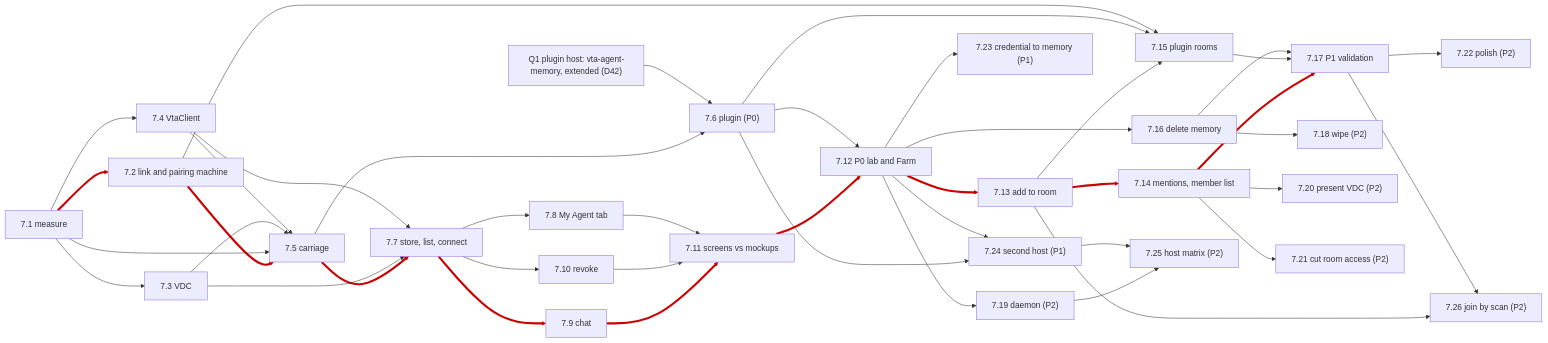
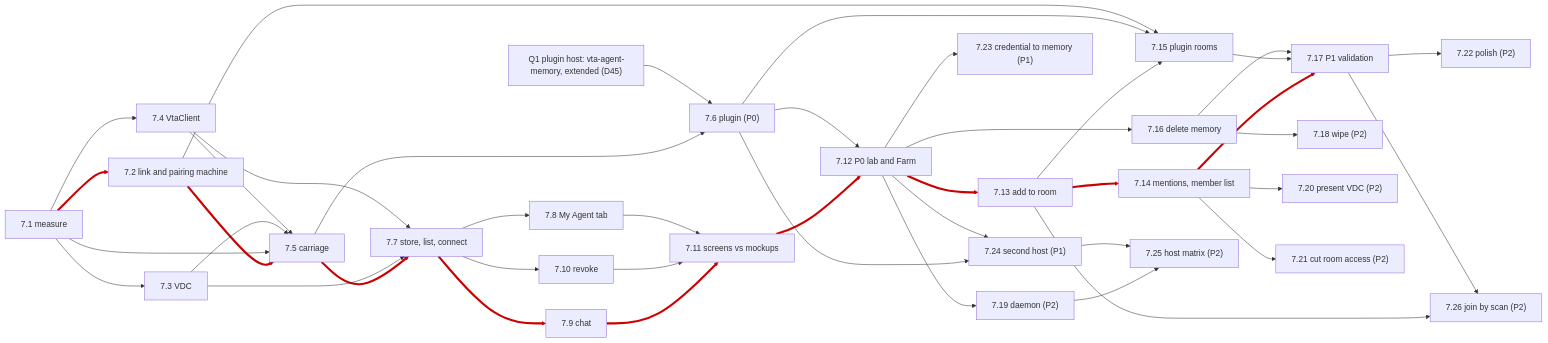
One commit to berkmancenter/keyring-wallet changed the fourth of 4 diagrams in docs/plans/agent-connect-plan.md. Above: the diagram before and after it, drawn with Mermaid. The commit also changed other lines of this file and 2 other files, not shown here.

First line of the commit message:
docs(plans): agent connect, renumber D42-D44 to D45-D47 and the companion to 2026-11-25-bam-2.md

````diff
--- a/docs/plans/agent-connect-plan.md
+++ b/docs/plans/agent-connect-plan.md
@@ -1046,72 +1046,72 @@
 ```mermaid
 flowchart LR
-  Q1["Q1 plugin host: vta-agent-memory, extended (D42)"]
+  Q1["Q1 plugin host: vta-agent-memory, extended (D45)"]
   p1["7.1 measure"]
   p2["7.2 link and pairing machine"]
   p3["7.3 VDC"]
   p4["7.4 VtaClient"]
   p5["7.5 carriage"]
   p6["7.6 plugin (P0)"]
   p7["7.7 store, list, connect"]
   p8["7.8 My Agent tab"]
   p9["7.9 chat"]
   p10["7.10 revoke"]
   p11["7.11 screens vs mockups"]
   p12["7.12 P0 lab and Farm"]
   p13["7.13 add to room"]
   p14["7.14 mentions, member list"]
   p15["7.15 plugin rooms"]
   p16["7.16 delete memory"]
   p17["7.17 P1 validation"]
   p18["7.18 wipe (P2)"]
   p19["7.19 daemon (P2)"]
   p20["7.20 present VDC (P2)"]
   p21["7.21 cut room access (P2)"]
   p22["7.22 polish (P2)"]
   p23["7.23 credential to memory (P1)"]
   p24["7.24 second host (P1)"]
   p25["7.25 host matrix (P2)"]
   p26["7.26 join by scan (P2)"]
   p1 --> p2
   p2 --> p5
   p5 --> p7
   p7 --> p9
   p9 --> p11
   p11 --> p12
   p3 --> p7
   p4 --> p7
   p7 --> p10
   p10 --> p11
   p8 --> p11
   p5 --> p6
   p6 --> p12
   Q1 --> p6
   p12 --> p13
   p13 --> p14
   p13 --> p15
   p6 --> p15
   p12 --> p16
   p14 --> p17
   p15 --> p17
   p16 --> p17
   p16 --> p18
   p14 --> p20
   p14 --> p21
   p17 --> p22
   p12 --> p19
   p1 --> p5
   p1 --> p3
   p1 --> p4
   p7 --> p8
   p3 --> p5
   p4 --> p5
   p2 --> p15
   p12 --> p23
   p6 --> p24
   p12 --> p24
   p19 --> p25
   p24 --> p25
   p13 --> p26
   p17 --> p26
   linkStyle 0,1,2,3,4,5,14,15,19 stroke:#c00,stroke-width:4px
 ```
````
